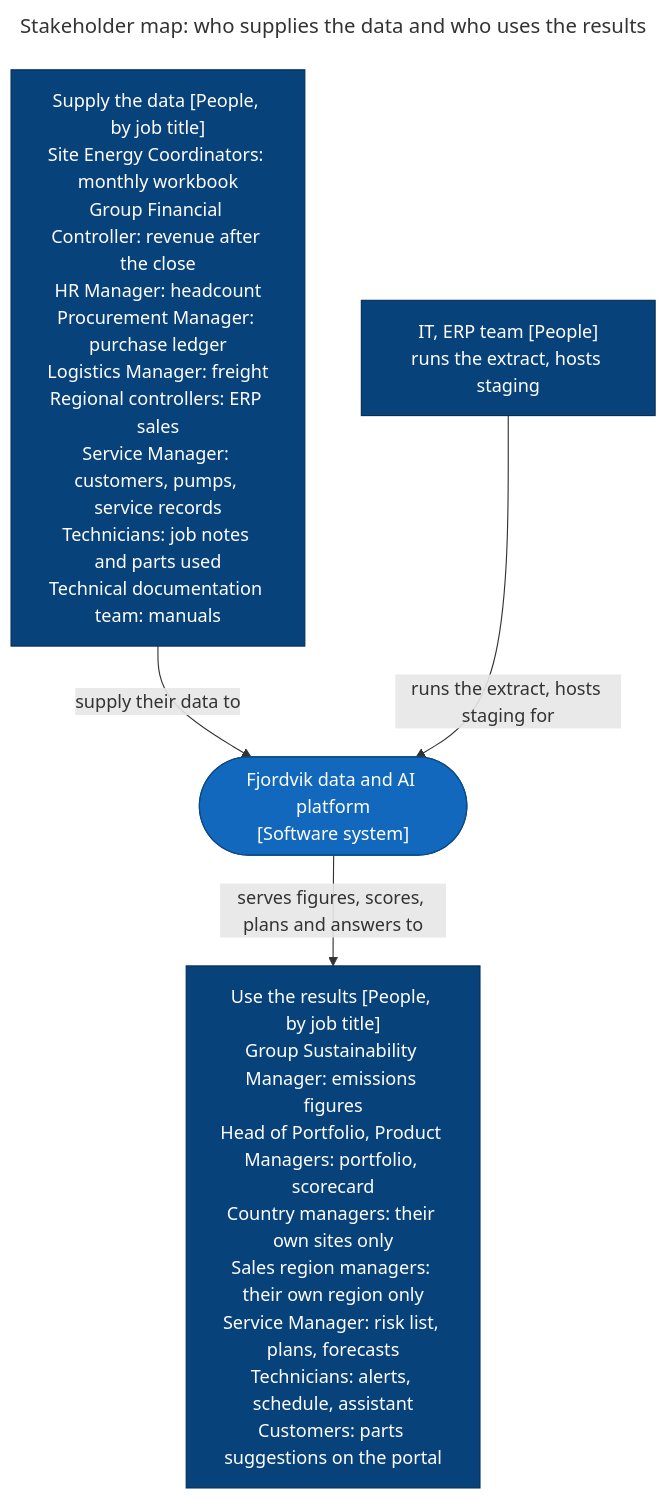
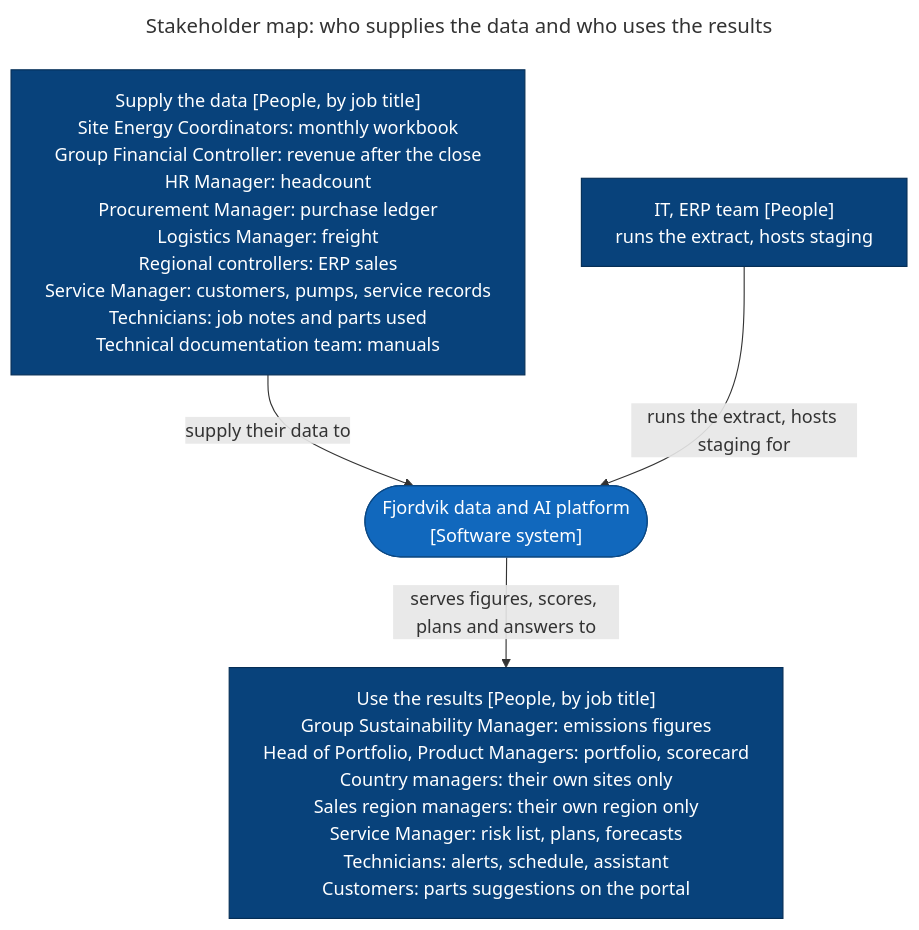
Before and after one commit to voneeci/fjordvik: the diagram in docs/requirements.md, drawn with Mermaid. The commit also changed other lines of this file, not shown here.

Commit message:
docs: wider boxes in the stakeholder map
The two people boxes in the stakeholder map wrapped every role over two
or three lines. The drawing now wraps text at 440 pixels instead of
Mermaid's default 200, so each role reads on one line.

````diff
--- a/docs/requirements.md
+++ b/docs/requirements.md
@@ -20,19 +20,22 @@
 ```mermaid
 ---
 title: "Stakeholder map: who supplies the data and who uses the results"
+config:
+  flowchart:
+    wrappingWidth: 440
 ---
 flowchart TB
     accTitle: Stakeholder map of the Fjordvik data and AI platform
     accDescr: Nine roles supply data to the platform, from the site energy coordinators' monthly workbooks to the technical documentation team's manuals. The ERP team at IT runs the extract and hosts staging. Seven roles use the results, each limited to what their role may see, from the Group Sustainability Manager to customers on the parts portal.
     classDef person fill:#08427b,color:#ffffff,stroke:#052e56
     classDef system fill:#1168bd,color:#ffffff,stroke:#0b4884
 
     SUP["Supply the data [People, by job title]<br/>Site Energy Coordinators: monthly workbook<br/>Group Financial Controller: revenue after the close<br/>HR Manager: headcount<br/>Procurement Manager: purchase ledger<br/>Logistics Manager: freight<br/>Regional controllers: ERP sales<br/>Service Manager: customers, pumps, service records<br/>Technicians: job notes and parts used<br/>Technical documentation team: manuals"]:::person
     IT["IT, ERP team [People]<br/>runs the extract, hosts staging"]:::person
     P(["Fjordvik data and AI platform<br/>[Software system]"]):::system
     USE["Use the results [People, by job title]<br/>Group Sustainability Manager: emissions figures<br/>Head of Portfolio, Product Managers: portfolio, scorecard<br/>Country managers: their own sites only<br/>Sales region managers: their own region only<br/>Service Manager: risk list, plans, forecasts<br/>Technicians: alerts, schedule, assistant<br/>Customers: parts suggestions on the portal"]:::person
 
     SUP -->|"supply their data to"| P
     IT -->|"runs the extract, hosts staging for"| P
     P -->|"serves figures, scores, plans and answers to"| USE
 ```
````
